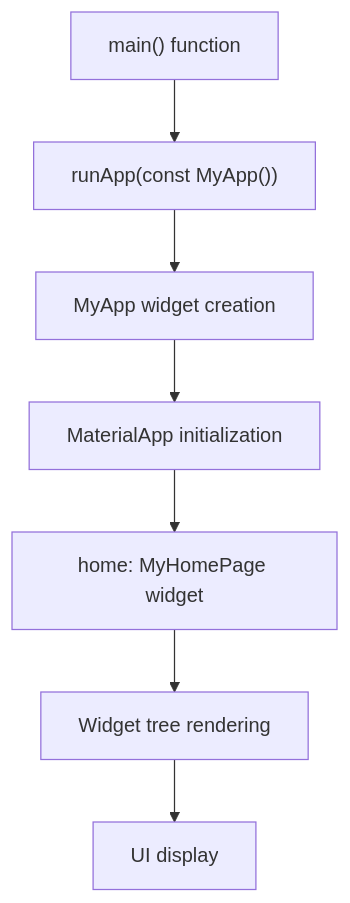
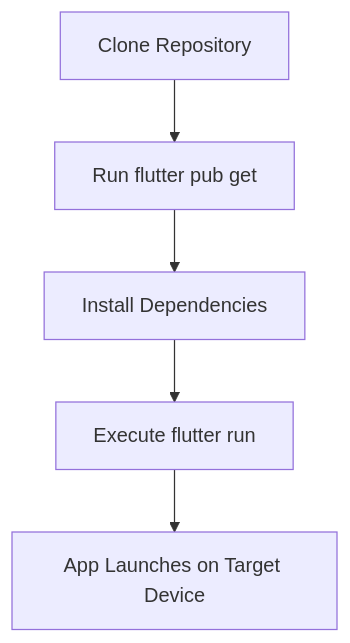
The first of 2 diagrams in .qoder/repowiki/en/content/Getting Started.md (Sammm81/AlturaPos), drawn with Mermaid before and after one commit. The commit also changed other lines of this file and 24 other files, not shown here.

First line of the commit message:
refactor(docs): remove comprehensive architecture and integration documentation

````diff
--- a/.qoder/repowiki/en/content/Getting Started.md
+++ b/.qoder/repowiki/en/content/Getting Started.md
@@ -67,9 +98,7 @@
 ```mermaid
 flowchart TD
-A["main() function"] --> B["runApp(const MyApp())"]
-B --> C["MyApp widget creation"]
-C --> D["MaterialApp initialization"]
-D --> E["home: MyHomePage widget"]
-E --> F["Widget tree rendering"]
-F --> G["UI display"]
+A["Clone Repository"] --> B["Run flutter pub get"]
+B --> C["Install Dependencies"]
+C --> D["Execute flutter run"]
+D --> E["App Launches on Target Device"]
 ```
````
